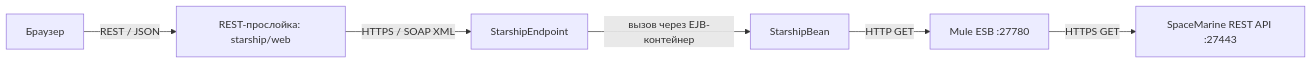
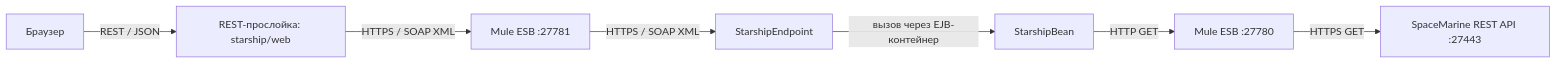
One commit to arekalov/soa-labs changed the first of 2 diagrams in README-LAB4-INTERACTION.md. Above: the diagram before and after it, drawn with Mermaid. The commit also changed other lines of this file and 18 other files, not shown here.

Commit message:
Route Starship facade SOAP calls through Mule and update diagrams

````diff
--- a/README-LAB4-INTERACTION.md
+++ b/README-LAB4-INTERACTION.md
@@ -16,8 +16,9 @@
 ```mermaid
 flowchart LR
     A["Браузер"] -->|"REST / JSON"| B["REST-прослойка: starship/web"]
-    B -->|"HTTPS / SOAP XML"| C["StarshipEndpoint"]
+    B -->|"HTTPS / SOAP XML"| M["Mule ESB :27781"]
+    M -->|"HTTPS / SOAP XML"| C["StarshipEndpoint"]
     C -->|"вызов через EJB-контейнер"| D["StarshipBean"]
     D -->|"HTTP GET"| E["Mule ESB :27780"]
     E -->|"HTTPS GET"| F["SpaceMarine REST API :27443"]
 ```
````
